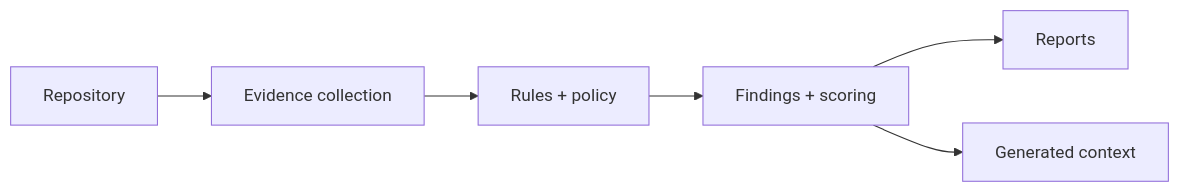
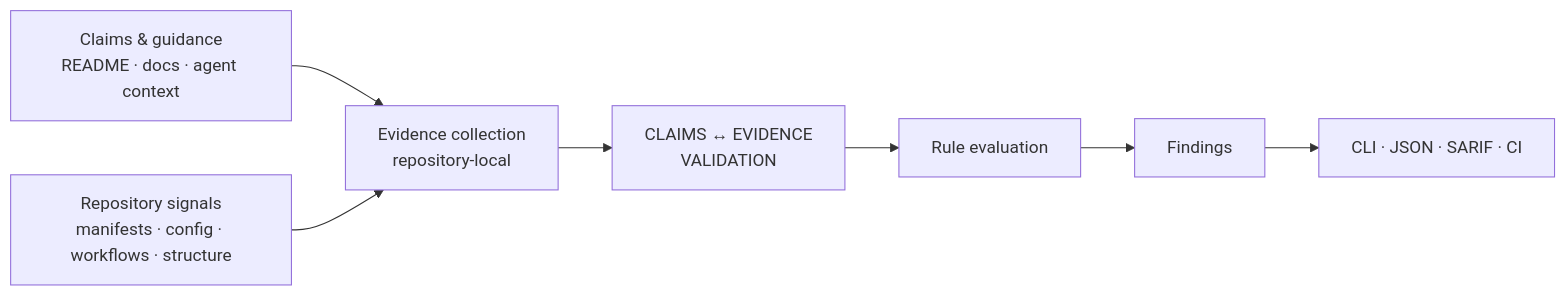
One commit to tarekmasryo/Evagix changed the diagram in README.md. Above: the diagram before and after it, drawn with Mermaid. The commit also changed other lines of this file and 11 other files, not shown here.

````diff
--- a/README.md
+++ b/README.md
@@ -192,8 +192,17 @@
 ```mermaid
 flowchart LR
-    A[Repository] --> B[Evidence collection]
-    B --> C[Rules + policy]
-    C --> D[Findings + scoring]
-    D --> E[Reports]
-    D --> F[Generated context]
+    A["Claims & guidance<br/>README · docs · agent context"]
+    B["Repository signals<br/>manifests · config · workflows · structure"]
+    C["Evidence collection<br/>repository-local"]
+    D["CLAIMS ↔ EVIDENCE<br/>VALIDATION"]
+    E["Rule evaluation"]
+    F["Findings"]
+    G["CLI · JSON · SARIF · CI"]
+
+    A --> C
+    B --> C
+    C --> D
+    D --> E
+    E --> F
+    F --> G
 ```
````
